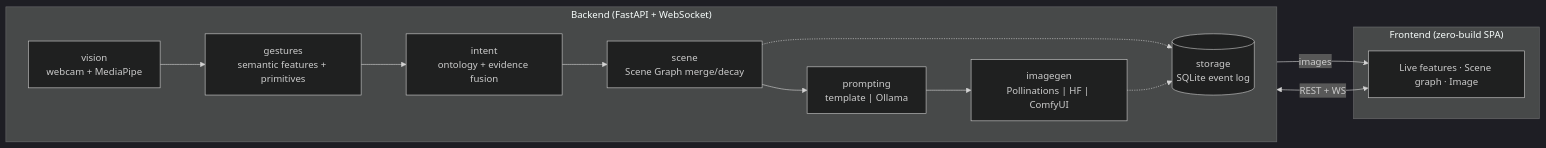
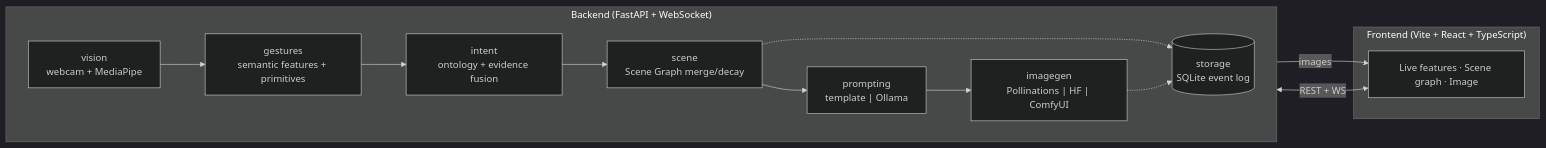
The diagram in README.md (goyal-harshit/intuitive-prompt-engine), drawn with Mermaid (dark theme) before and after one commit. The commit also changed other lines of this file and 5 other files, not shown here.

Commit message:
docs: deployment guide, coverage badge, updated architecture/ontology/roadmap for React frontend

````diff
--- a/README.md
+++ b/README.md
@@ -21,18 +23,18 @@
 ```mermaid
 flowchart LR
-    subgraph Frontend["Frontend (zero-build SPA)"]
+    subgraph Frontend["Frontend (Vite + React + TypeScript)"]
         UI["Live features · Scene graph · Image"]
     end
     subgraph Backend["Backend (FastAPI + WebSocket)"]
         direction LR
         V["vision<br/>webcam + MediaPipe"] --> G["gestures<br/>semantic features + primitives"]
         G --> I["intent<br/>ontology + evidence fusion"]
         I --> S["scene<br/>Scene Graph merge/decay"]
         S --> P["prompting<br/>template | Ollama"]
         P --> IG["imagegen<br/>Pollinations | HF | ComfyUI"]
         S -.-> DB[("storage<br/>SQLite event log")]
         IG -.-> DB
     end
     UI <-->|REST + WS| Backend
     IG -->|images| UI
 ```
````
